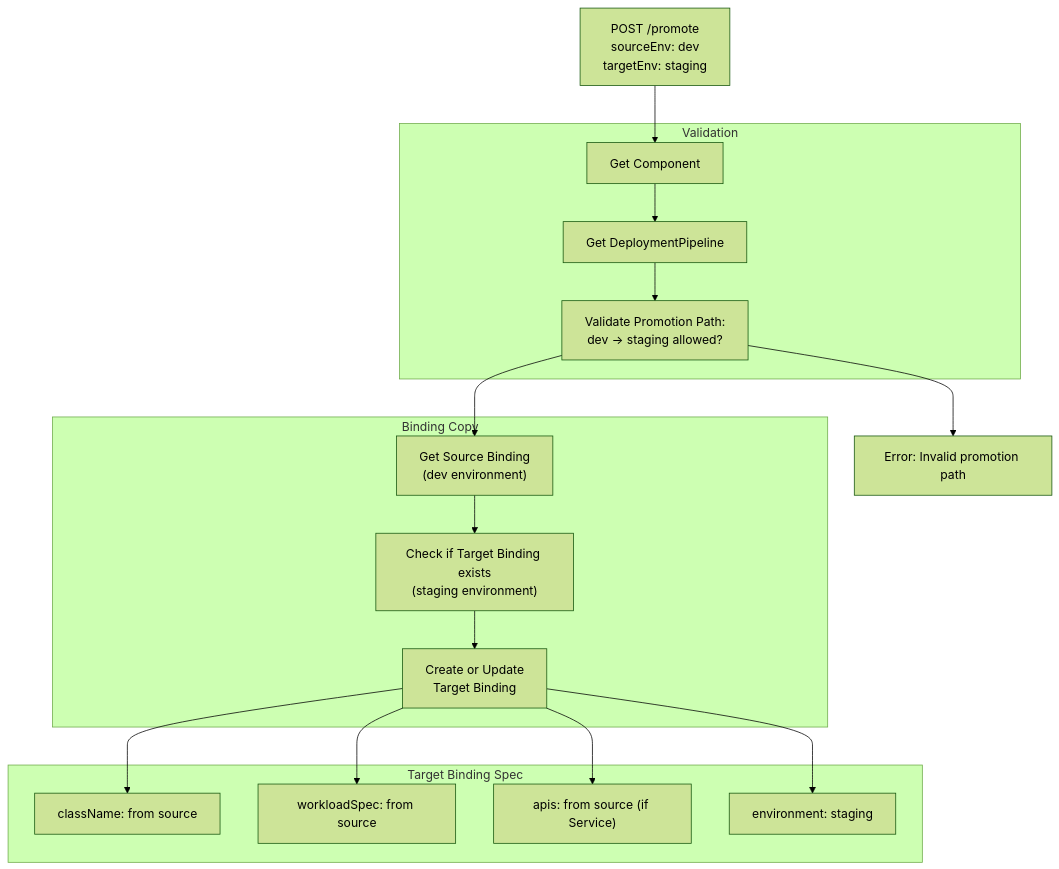
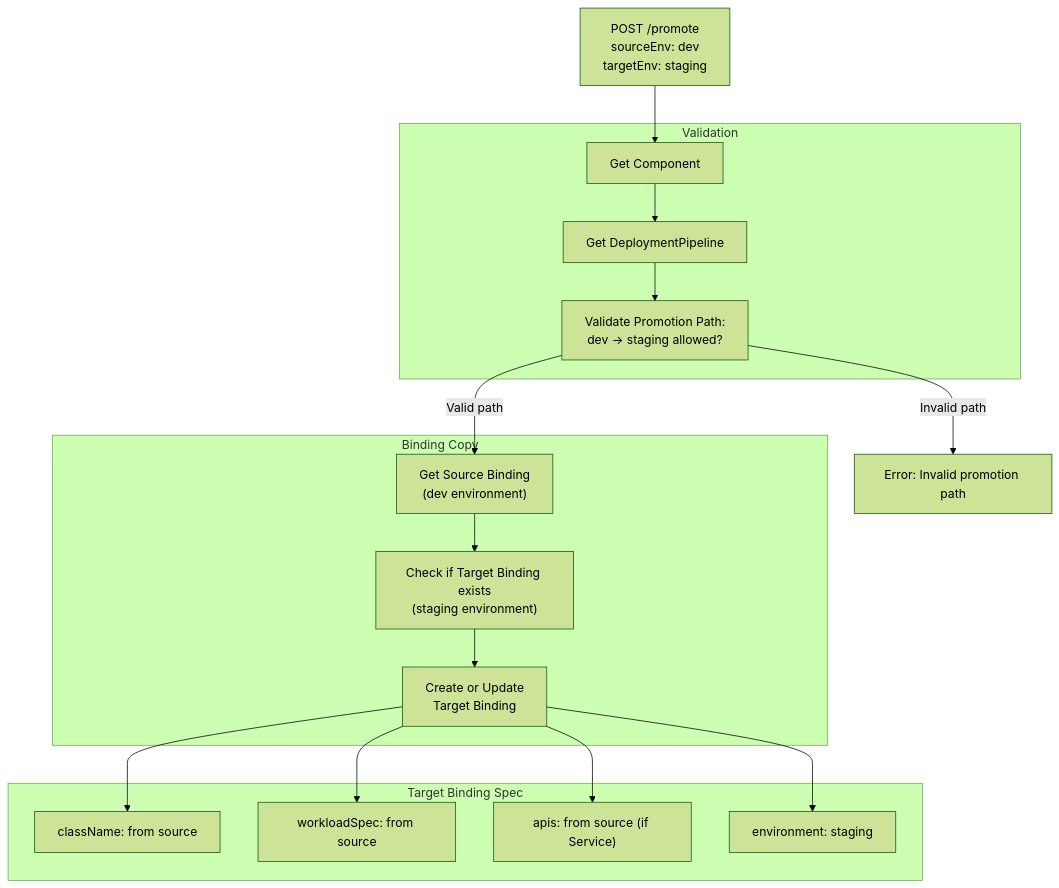
The fifth of 6 diagrams in docs/deepwiki/Deploying-Applications.md (openchoreo/openchoreo), drawn with Mermaid (forest theme) before and after one commit. The commit also changed other lines of this file and 85 other files, not shown here.

Commit message:
feat: Add new workflow and specification templates, update Helm chart dependencies, and clarify documentation diagrams.

````diff
--- a/docs/deepwiki/Deploying-Applications.md
+++ b/docs/deepwiki/Deploying-Applications.md
@@ -416,47 +416,47 @@
 ```mermaid
 flowchart TD
 
 PromoteReq["POST /promote<br>sourceEnv: dev<br>targetEnv: staging"]
 GetComponent["Get Component"]
 GetPipeline["Get DeploymentPipeline"]
 ValidatePath["Validate Promotion Path:<br>dev → staging allowed?"]
 GetSourceBinding["Get Source Binding<br>(dev environment)"]
 CheckTargetBinding["Check if Target Binding exists<br>(staging environment)"]
 CreateOrUpdate["Create or Update<br>Target Binding"]
 ClassName["className: from source"]
 WorkloadSpec["workloadSpec: from source"]
 APIs["apis: from source (if Service)"]
 Environment["environment: staging"]
 Error["Error: Invalid promotion path"]
 
 PromoteReq --> GetComponent
-ValidatePath --> GetSourceBinding
-ValidatePath --> Error
+ValidatePath -->|"Valid path"| GetSourceBinding
+ValidatePath -->|"Invalid path"| Error
 CreateOrUpdate --> ClassName
 CreateOrUpdate --> WorkloadSpec
 CreateOrUpdate --> APIs
 CreateOrUpdate --> Environment
 
 subgraph subGraph2 ["Target Binding Spec"]
     ClassName
     WorkloadSpec
     APIs
     Environment
 end
 
 subgraph subGraph1 ["Binding Copy"]
     GetSourceBinding
     CheckTargetBinding
     CreateOrUpdate
     GetSourceBinding --> CheckTargetBinding
     CheckTargetBinding --> CreateOrUpdate
 end
 
 subgraph Validation ["Validation"]
     GetComponent
     GetPipeline
     ValidatePath
     GetComponent --> GetPipeline
     GetPipeline --> ValidatePath
 end
 ```
````
